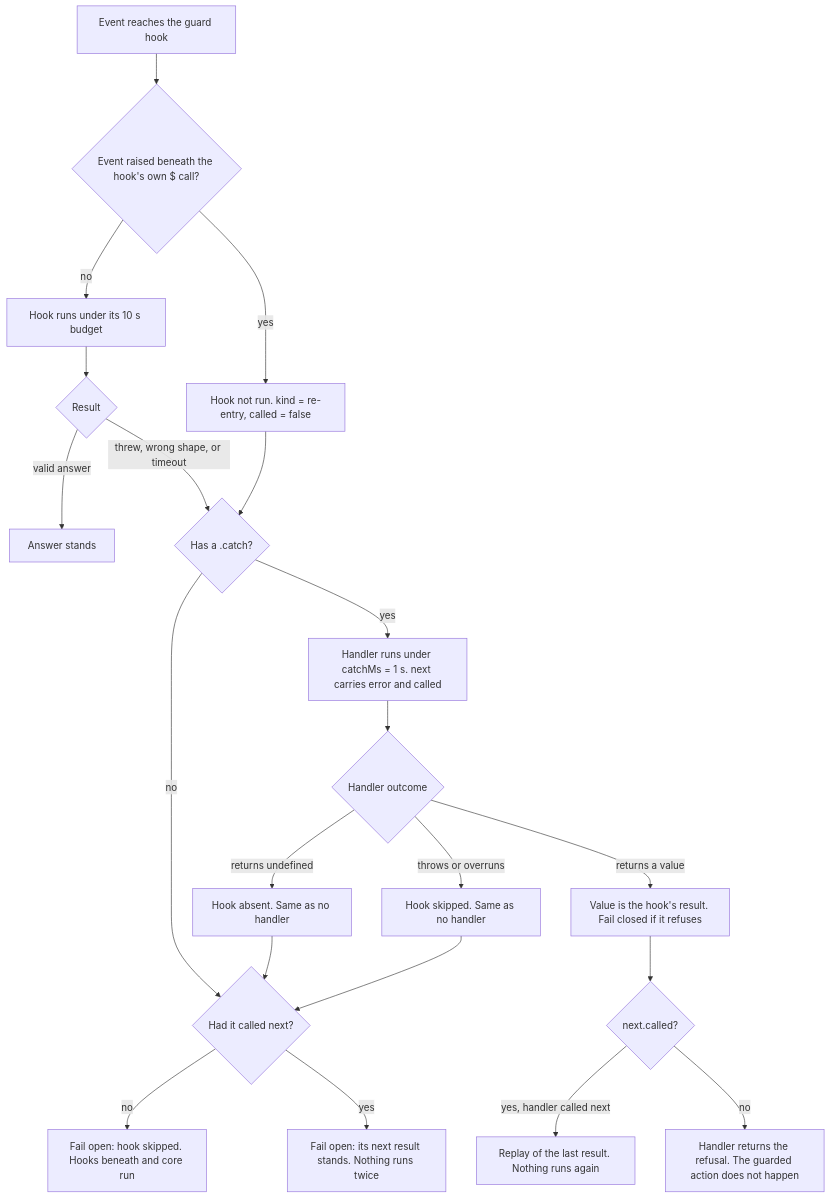
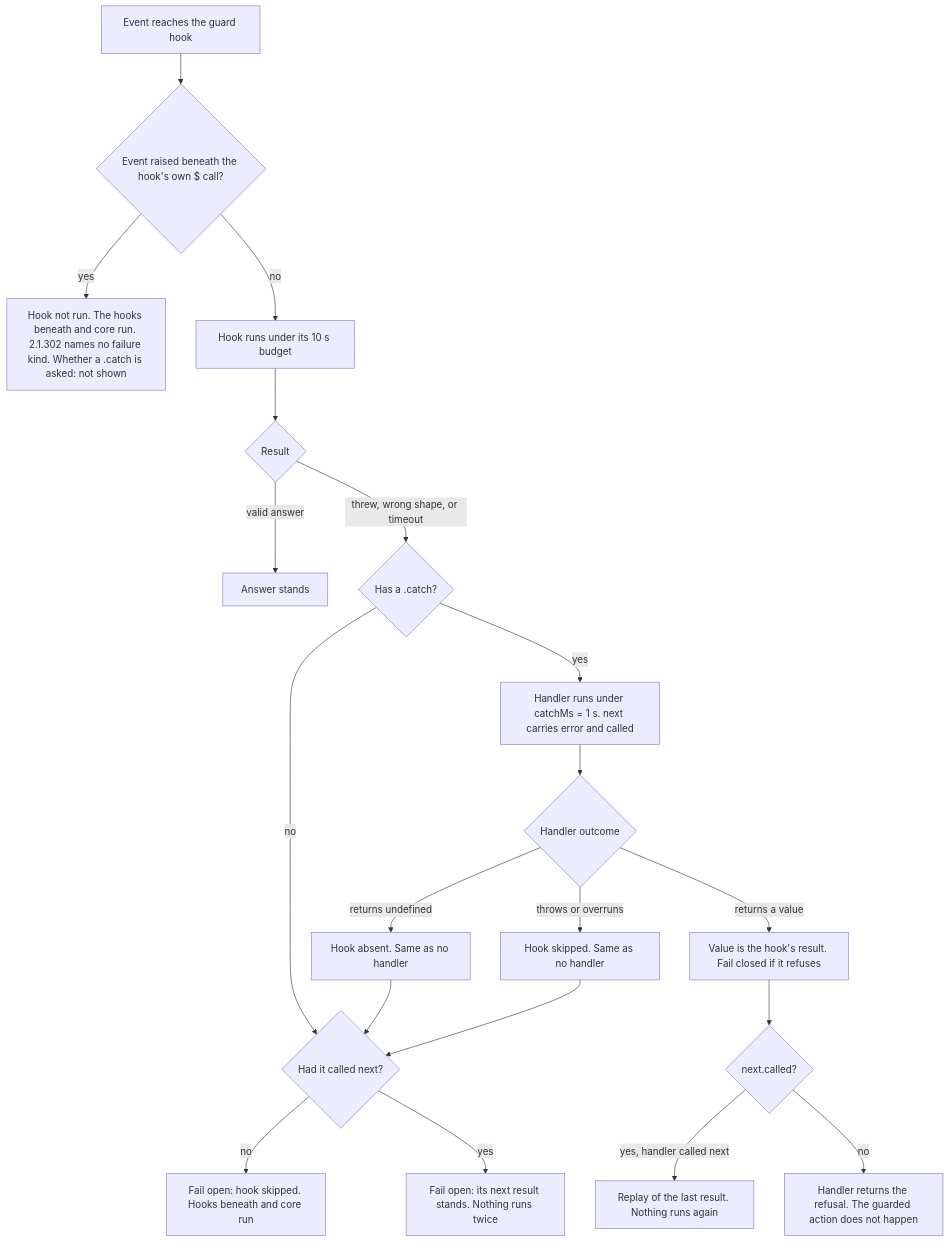
One commit to martin-macak/claude-code-mod-tracking changed the diagram in docs/knowledge-base/claude-code-mods/concepts/dispatch-and-guards.md. Above: the diagram before and after it, drawn with Mermaid. The commit also changed other lines of this file and 560 other files, not shown here.

First line of the commit message:
docs(kb): Add mod architecture research and design spec

````diff
--- a/docs/knowledge-base/claude-code-mods/concepts/dispatch-and-guards.md
+++ b/docs/knowledge-base/claude-code-mods/concepts/dispatch-and-guards.md
@@ -206,23 +226,22 @@
 ```mermaid
 flowchart TD
     A[Event reaches the guard hook] --> B{Event raised beneath the hook's own $ call?}
-    B -- yes --> RE[Hook not run. kind = re-entry, called = false]
+    B -- yes --> RE[Hook not run. The hooks beneath and core run. 2.1.302 names no failure kind. Whether a .catch is asked: not shown]
     B -- no --> C[Hook runs under its 10 s budget]
     C --> D{Result}
     D -- valid answer --> OK[Answer stands]
     D -- threw, wrong shape, or timeout --> F{Has a .catch?}
-    RE --> F
     F -- no --> S{Had it called next?}
     S -- no --> SK[Fail open: hook skipped. Hooks beneath and core run]
     S -- yes --> ST[Fail open: its next result stands. Nothing runs twice]
     F -- yes --> H[Handler runs under catchMs = 1 s. next carries error and called]
     H --> I{Handler outcome}
     I -- returns a value --> HV[Value is the hook's result. Fail closed if it refuses]
     I -- returns undefined --> HU[Hook absent. Same as no handler]
     I -- throws or overruns --> HT[Hook skipped. Same as no handler]
     HU --> S
     HT --> S
     HV --> J{next.called?}
     J -- yes, handler called next --> JR[Replay of the last result. Nothing runs again]
     J -- no --> JD[Handler returns the refusal. The guarded action does not happen]
 ```
````
